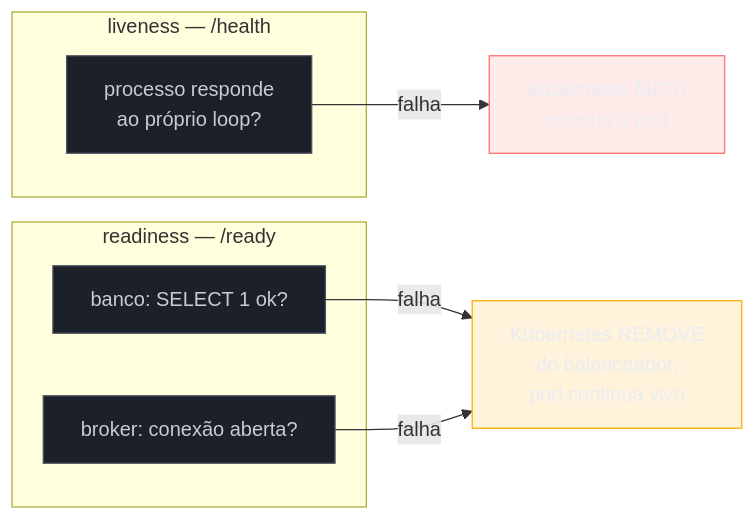
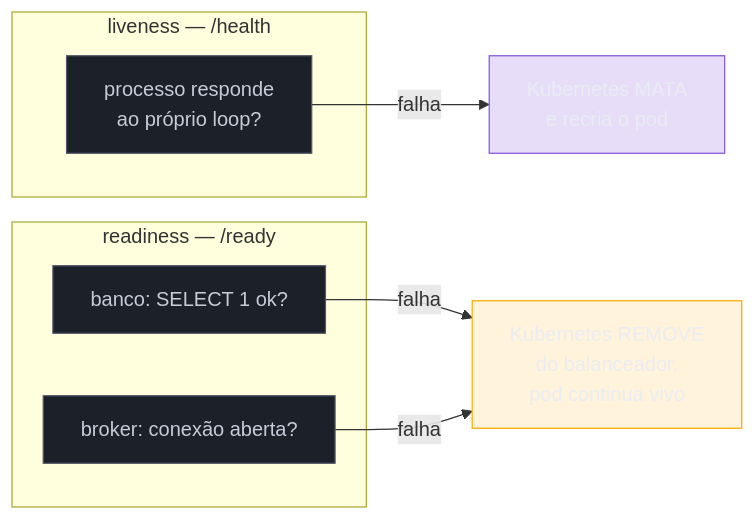
One commit to josenaldo/codex-technomanticus changed the second of 2 diagrams in 03-Dominios/Tecnologia/Python/Observabilidade e produção/06 - Health checks e probes.md. Above: the diagram before and after it, drawn with Mermaid. The commit also changed 601 other files, not shown here.

````diff
--- a/03-Dominios/Tecnologia/Python/Observabilidade e produção/06 - Health checks e probes.md
+++ b/03-Dominios/Tecnologia/Python/Observabilidade e produção/06 - Health checks e probes.md
@@ -117,23 +117,23 @@
 ```mermaid
 flowchart LR
-    classDef falha fill:#FF6B6B24,stroke:#FF6B6B,color:#E9ECF2
+    classDef marca fill:#8855DF33,stroke:#8855DF,color:#E9ECF2
     classDef destaque fill:#FFAA0024,stroke:#FFAA00,color:#E9ECF2
     classDef neutro fill:#1B2029,stroke:#4E5666,color:#C6CCD8
     subgraph LIVE["liveness — /health"]
         L1["processo responde<br/>ao próprio loop?"]
     end
     subgraph READY["readiness — /ready"]
         R1["banco: SELECT 1 ok?"]
         R2["broker: conexão aberta?"]
     end
 
     L1 -->|"falha"| ACT1["Kubernetes MATA<br/>e recria o pod"]
     R1 -->|"falha"| ACT2["Kubernetes REMOVE<br/>do balanceador,<br/>pod continua vivo"]
     R2 -->|"falha"| ACT2
 
-    class ACT1 falha
+    class ACT1 marca
     class ACT2 destaque
     class L1 neutro
     class R1 neutro
     class R2 neutro
 ```
````
